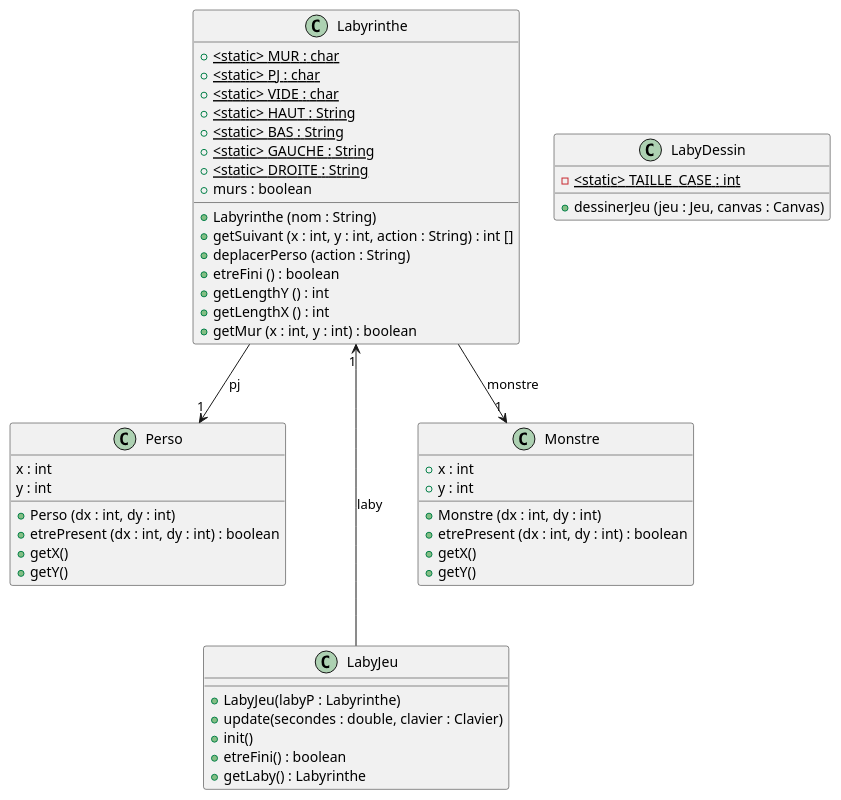
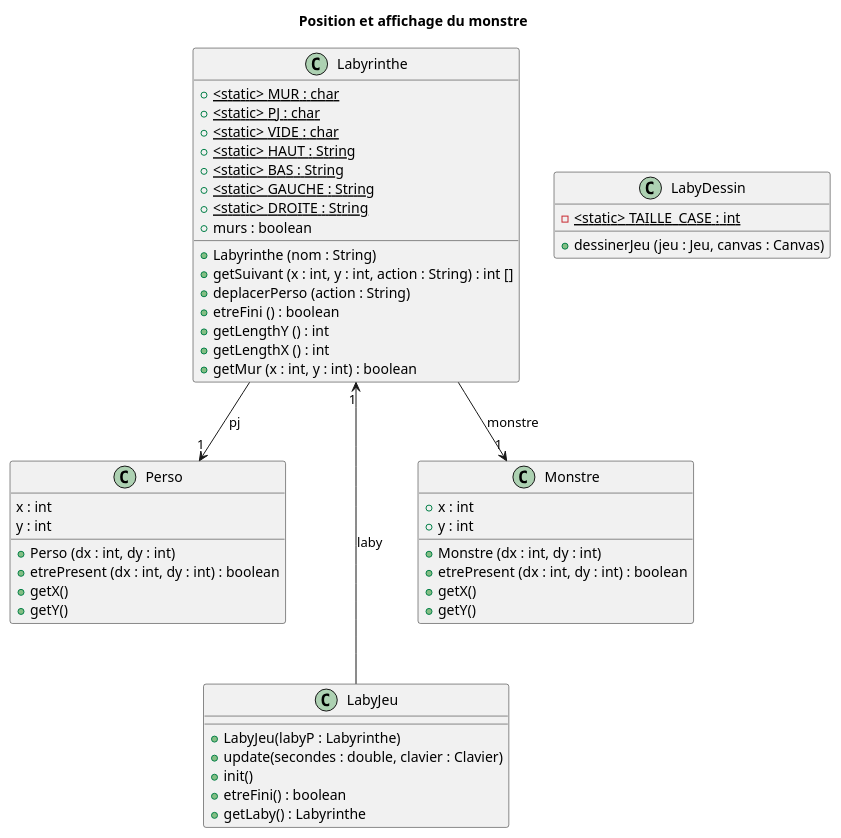
The diagram in racine_depot/documents/version_2/diagClass_posInitiale.puml (Hugo-COLLIN/BUT_INFO_S2_2022_Zeldiablo), drawn with PlantUML before and after one commit. The commit also changed 5 other files, not shown here.

Commit message:
diagrammes avec titres

```diff
--- a/racine_depot/documents/version_2/diagClass_posInitiale.puml
+++ b/racine_depot/documents/version_2/diagClass_posInitiale.puml
@@ -1,59 +1,60 @@
 @startuml
+title Position et affichage du monstre
 
 class Perso {
     x : int
     y : int
 
     + Perso (dx : int, dy : int)
     + etrePresent (dx : int, dy : int) : boolean
     + getX()
     + getY()
 }
 
 class Labyrinthe {
     + <static> MUR : char {static}
     + <static> PJ : char {static}
     + <static> VIDE : char {static}
     + <static> HAUT : String {static}
     + <static> BAS : String {static}
     + <static> GAUCHE : String {static}
     + <static> DROITE : String {static}
     + murs : boolean
 
     + Labyrinthe (nom : String)
     + getSuivant (x : int, y : int, action : String) : int []
     + deplacerPerso (action : String)
     + etreFini () : boolean
     + getLengthY () : int
     + getLengthX () : int
     + getMur (x : int, y : int) : boolean
 }
 
 class LabyJeu {
     + LabyJeu(labyP : Labyrinthe)
     + update(secondes : double, clavier : Clavier)
     + init()
     + etreFini() : boolean
     + getLaby() : Labyrinthe
 }
 
 class LabyDessin {
     - <static> TAILLE_CASE : int {static}
     + dessinerJeu (jeu : Jeu, canvas : Canvas)
 }
 
 class Monstre {
     + x : int
     + y : int
 
     + Monstre (dx : int, dy : int)
     + etrePresent (dx : int, dy : int) : boolean
     + getX()
     + getY()
 }
 
 Labyrinthe --> Perso : pj "1"
 Labyrinthe --> Monstre : monstre "1"
 Labyrinthe "1" <--- LabyJeu : laby
 
 @enduml
```
